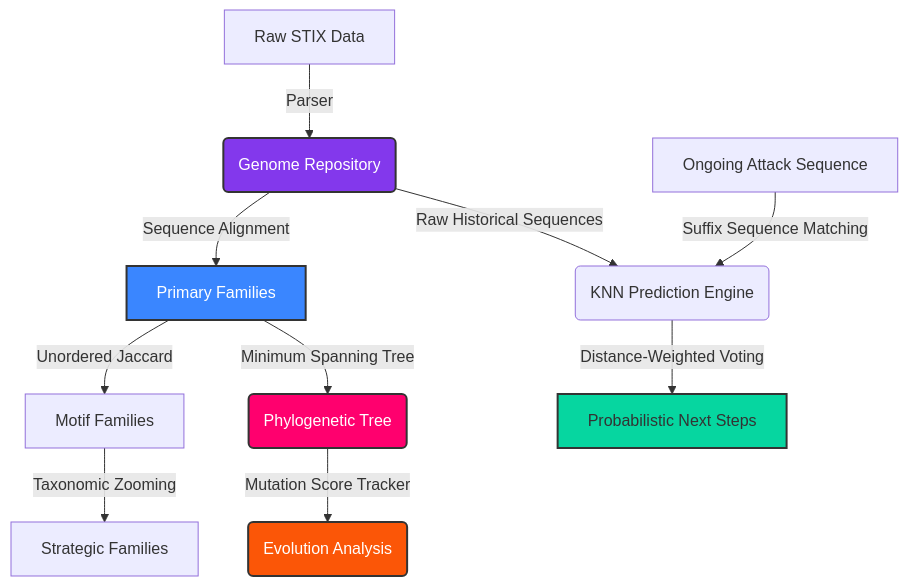
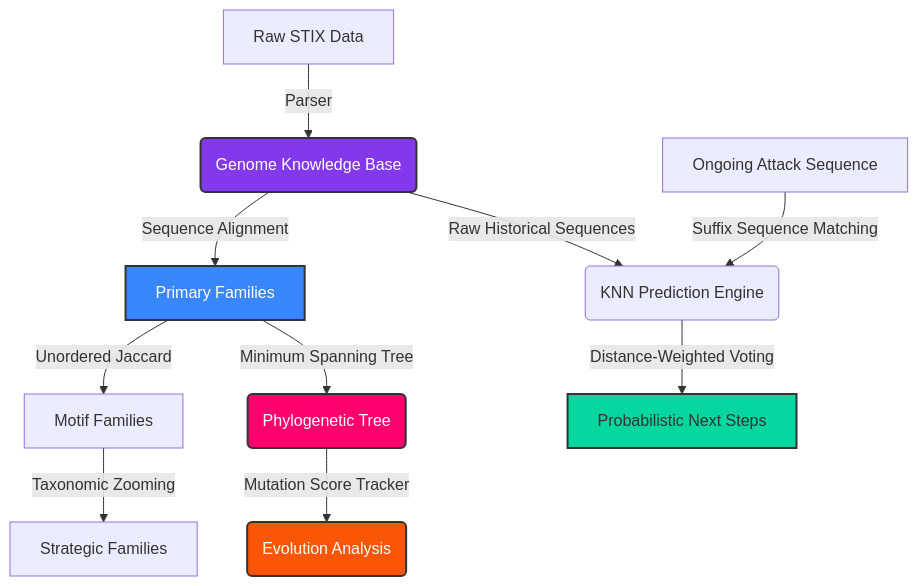
One commit to rakesh-pathuri/CyberPhylogeny changed the diagram in README.md. Above: the diagram before and after it, drawn with Mermaid. The commit also changed other lines of this file and 7 other files, not shown here.

````diff
--- a/README.md
+++ b/README.md
@@ -45,24 +69,24 @@
 ```mermaid
 graph TD
-    A[Raw STIX Data] -->|Parser| B(Genome Repository)
+    A[Raw STIX Data] -->|Parser| B(Genome Knowledge Base)
     
     %% Clustering Pipeline
     B -->|Sequence Alignment| C[Primary Families]
     C -->|Unordered Jaccard| D[Motif Families]
     D -->|Taxonomic Zooming| E[Strategic Families]
     
     %% Evolution Pipeline (Centerpiece)
     C -->|Minimum Spanning Tree| I(Phylogenetic Tree)
     I -->|Mutation Score Tracker| J(Evolution Analysis)
     
     %% Prediction Pipeline
     F[Ongoing Attack Sequence] -->|Suffix Sequence Matching| G(KNN Prediction Engine)
     B -->|Raw Historical Sequences| G
     G -->|Distance-Weighted Voting| H[Probabilistic Next Steps]
     
     style B fill:#8338ec,stroke:#333,stroke-width:2px,color:#fff
     style C fill:#3a86ff,stroke:#333,stroke-width:2px,color:#fff
     style I fill:#ff006e,stroke:#333,stroke-width:2px,color:#fff
     style J fill:#fb5607,stroke:#333,stroke-width:2px,color:#fff
     style H fill:#06d6a0,stroke:#333,stroke-width:2px,color:#black
 ```
````
